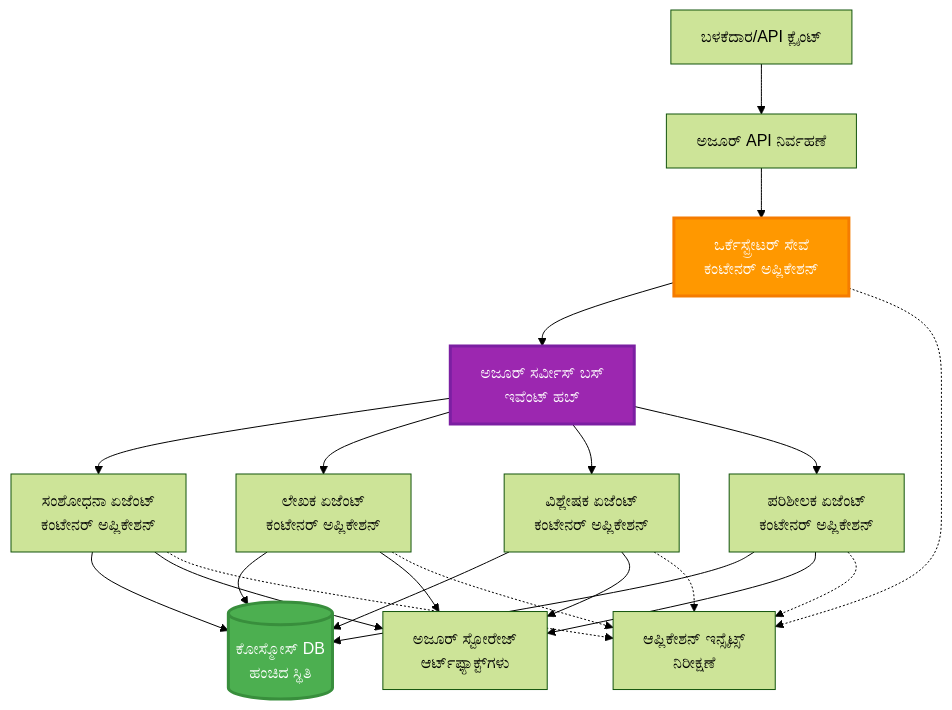
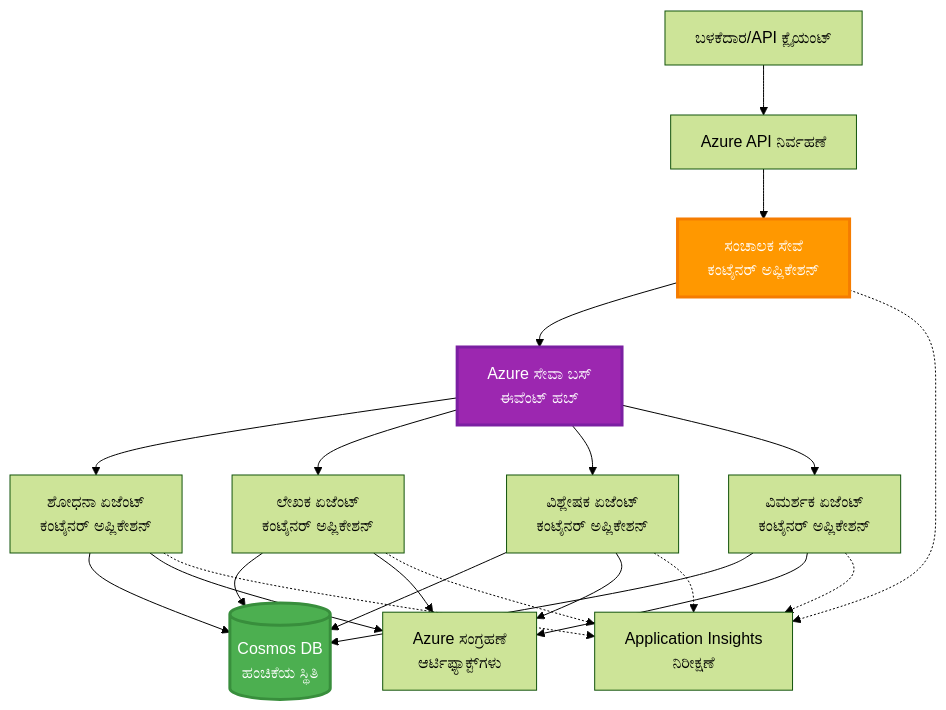
The sixth of 6 diagrams in translations/kn/docs/chapter-06-pre-deployment/coordination-patterns.md (microsoft/AZD-for-beginners), drawn with Mermaid (forest theme) before and after one commit. The commit also changed other lines of this file and 102 other files, not shown here.

````diff
--- a/translations/kn/docs/chapter-06-pre-deployment/coordination-patterns.md
+++ b/translations/kn/docs/chapter-06-pre-deployment/coordination-patterns.md
@@ -271,45 +265,45 @@
 ```mermaid
 graph TB
-    User[ಬಳಕೆದಾರ/API ಕ್ಲೈಂಟ್]
-    APIM[ಅಜೂರ್ API ನಿರ್ವಹಣೆ]
-    Orchestrator[ಒರ್ಕೆಸ್ಟ್ರೇಟರ್ ಸೇವೆ<br/>ಕಂಟೇನರ್ ಅಪ್ಲಿಕೇಶನ್]
-    ServiceBus[ಅಜೂರ್ ಸರ್ವೀಸ್ ಬಸ್<br/>ಇವೆಂಟ್ ಹಬ್]
+    User[ಬಳಕೆದಾರ/API ಕ್ಲೈಯಂಟ್]
+    APIM[Azure API ನಿರ್ವಹಣೆ]
+    Orchestrator[ಸಂಚಾಲಕ ಸೇವೆ<br/>ಕಂಟೈನರ್ ಅಪ್ಲಿಕೇಶನ್]
+    ServiceBus[Azure ಸೇವಾ ಬಸ್<br/>ಈವೆಂಟ್ ಹಬ್]
     
-    Agent1[ಸಂಶೋಧನಾ ಏಜೆಂಟ್<br/>ಕಂಟೇನರ್ ಅಪ್ಲಿಕೇಶನ್]
-    Agent2[ಲೇಖಕ ಏಜೆಂಟ್<br/>ಕಂಟೇನರ್ ಅಪ್ಲಿಕೇಶನ್]
-    Agent3[ವಿಶ್ಲೇಷಕ ಏಜೆಂಟ್<br/>ಕಂಟೇನರ್ ಅಪ್ಲಿಕೇಶನ್]
-    Agent4[ಪರಿಶೀಲಕ ಏಜೆಂಟ್<br/>ಕಂಟೇನರ್ ಅಪ್ಲಿಕೇಶನ್]
+    Agent1[ಶೋಧನಾ ಏಜೆಂಟ್<br/>ಕಂಟೈನರ್ ಅಪ್ಲಿಕೇಶನ್]
+    Agent2[ಲೇಖಕ ಏಜೆಂಟ್<br/>ಕಂಟೈನರ್ ಅಪ್ಲಿಕೇಶನ್]
+    Agent3[ವಿಶ್ಲೇಷಕ ಏಜೆಂಟ್<br/>ಕಂಟೈನರ್ ಅಪ್ಲಿಕೇಶನ್]
+    Agent4[ವಿಮರ್ಶಕ ಏಜೆಂಟ್<br/>ಕಂಟೈನರ್ ಅಪ್ಲಿಕೇಶನ್]
     
-    CosmosDB[(ಕೋಸ್ಮೋಸ್ DB<br/>ಹಂಚಿದ ಸ್ಥಿತಿ)]
-    Storage[ಅಜೂರ್ ಸ್ಟೋರೇಜ್<br/>ಆರ್ಟ್‌ಫ್ಯಾಕ್ಟ್‌ಗಳು]
-    AppInsights[ಆಪ್ಲಿಕೇಶನ್ ಇನ್ಸೈಟ್ಸ್<br/>ನಿರೀಕ್ಷಣೆ]
+    CosmosDB[(Cosmos DB<br/>ಹಂಚಿಕೆಯ ಸ್ಥಿತಿ)]
+    Storage[Azure ಸಂಗ್ರಹಣೆ<br/>ಆರ್ಟಿಫ್ಯಾಕ್ಟ್‌ಗಳು]
+    AppInsights[Application Insights<br/>ನಿರೀಕ್ಷಣೆ]
     
     User --> APIM
     APIM --> Orchestrator
     
     Orchestrator --> ServiceBus
     ServiceBus --> Agent1
     ServiceBus --> Agent2
     ServiceBus --> Agent3
     ServiceBus --> Agent4
     
     Agent1 --> CosmosDB
     Agent2 --> CosmosDB
     Agent3 --> CosmosDB
     Agent4 --> CosmosDB
     
     Agent1 --> Storage
     Agent2 --> Storage
     Agent3 --> Storage
     Agent4 --> Storage
     
     Orchestrator -.-> AppInsights
     Agent1 -.-> AppInsights
     Agent2 -.-> AppInsights
     Agent3 -.-> AppInsights
     Agent4 -.-> AppInsights
     
     style Orchestrator fill:#FF9800,stroke:#F57C00,stroke-width:3px,color:#fff
     style ServiceBus fill:#9C27B0,stroke:#7B1FA2,stroke-width:3px,color:#fff
     style CosmosDB fill:#4CAF50,stroke:#388E3C,stroke-width:3px,color:#fff
 ```
````
